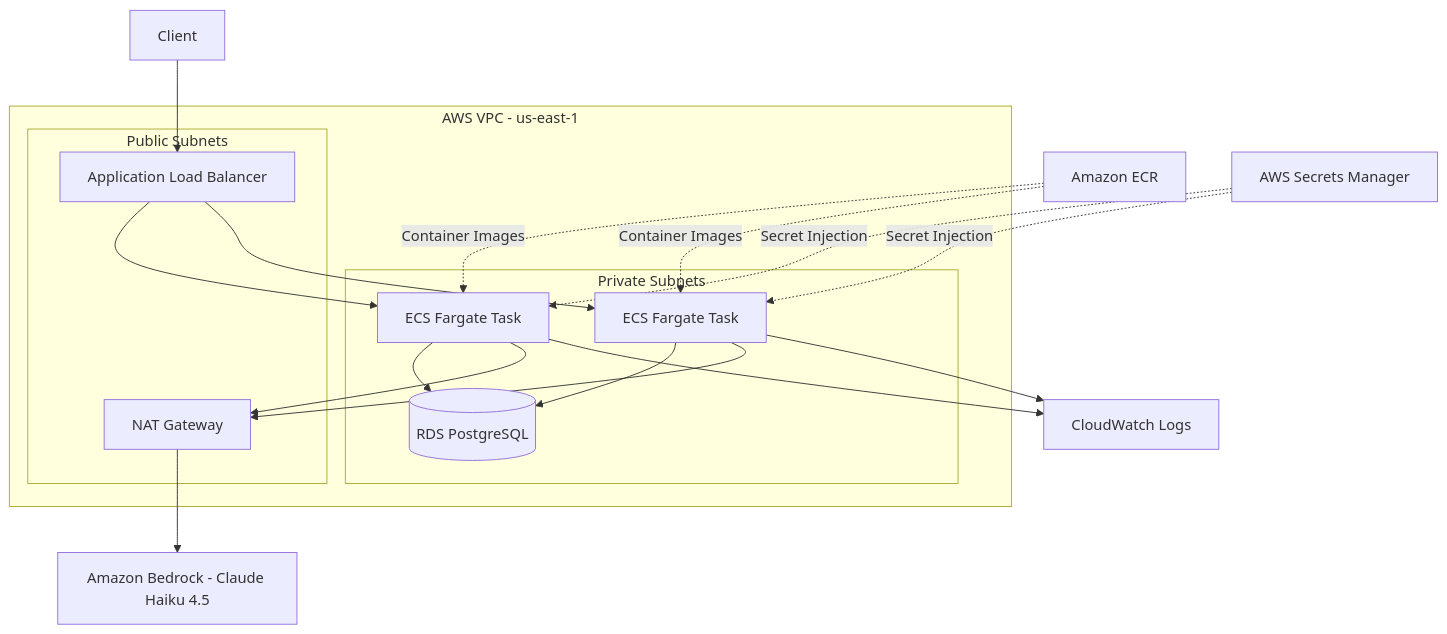
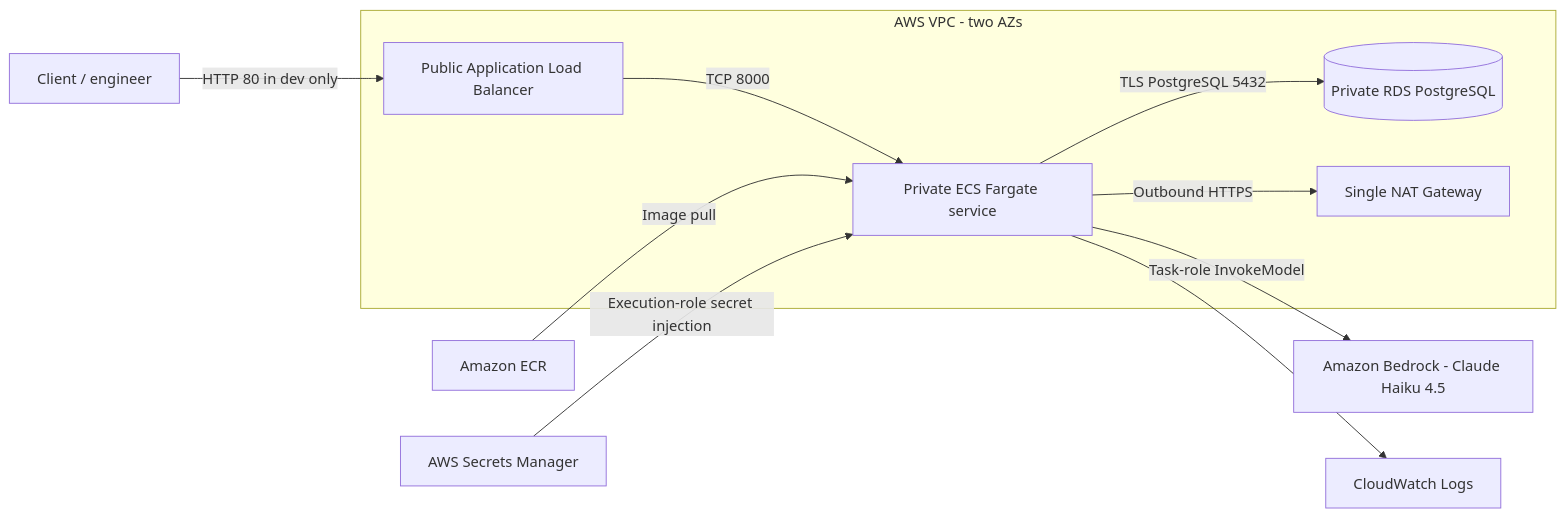
The diagram in README.md (ALLWT255/banking-app), drawn with Mermaid before and after one commit. The commit also changed other lines of this file and 36 other files, not shown here.

Commit message:
docs: document banking platform architecture and troubleshooting evidence

````diff
--- a/README.md
+++ b/README.md
@@ -38,32 +20,13 @@
 ```mermaid
-flowchart TD
-    User[Client] --> ALB[Application Load Balancer]
-
-    subgraph VPC[AWS VPC - us-east-1]
-        subgraph Public[Public Subnets]
-            ALB
-            NAT[NAT Gateway]
-        end
-
-        subgraph Private[Private Subnets]
-            ECS1[ECS Fargate Task]
-            ECS2[ECS Fargate Task]
-            RDS[(RDS PostgreSQL)]
-        end
-
-        ALB --> ECS1
-        ALB --> ECS2
-        ECS1 --> RDS
-        ECS2 --> RDS
-        ECS1 --> NAT
-        ECS2 --> NAT
+flowchart LR
+    Client[Client / engineer] -->|HTTP 80 in dev only| ALB[Public Application Load Balancer]
+    subgraph VPC["AWS VPC - two AZs"]
+        ALB -->|TCP 8000| ECS[Private ECS Fargate service]
+        ECS -->|TLS PostgreSQL 5432| RDS[(Private RDS PostgreSQL)]
+        ECS -->|Outbound HTTPS| NAT[Single NAT Gateway]
     end
-
-    NAT --> Bedrock[Amazon Bedrock - Claude Haiku 4.5]
-    ECR[Amazon ECR] -. Container Images .-> ECS1
-    ECR -. Container Images .-> ECS2
-    Secrets[AWS Secrets Manager] -. Secret Injection .-> ECS1
-    Secrets -. Secret Injection .-> ECS2
-    ECS1 --> CW[CloudWatch Logs]
-    ECS2 --> CW
+    ECR[Amazon ECR] -->|Image pull| ECS
+    SM[AWS Secrets Manager] -->|Execution-role secret injection| ECS
+    ECS -->|Task-role InvokeModel| Bedrock[Amazon Bedrock - Claude Haiku 4.5]
+    ECS --> CW[CloudWatch Logs]
 ```
````
